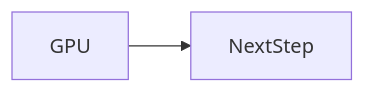
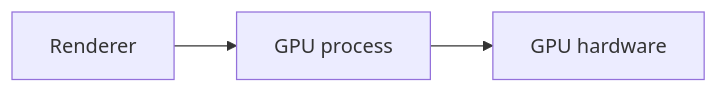
Before and after one commit to OmidJavaherii/Frontend-Engineering-Handbook: the second of 2 diagrams in docs/en/03-browser/gpu/index.md, drawn with Mermaid. The commit also changed other lines of this file and 461 other files, not shown here.

````diff
--- a/docs/en/03-browser/gpu/index.md
+++ b/docs/en/03-browser/gpu/index.md
@@ -96,4 +109,4 @@
 ```mermaid
 flowchart LR
-  concept[GPU] --> nextStep[NextStep]
+  Renderer --> GPUProc[GPU process] --> Device[GPU hardware]
 ```
````
